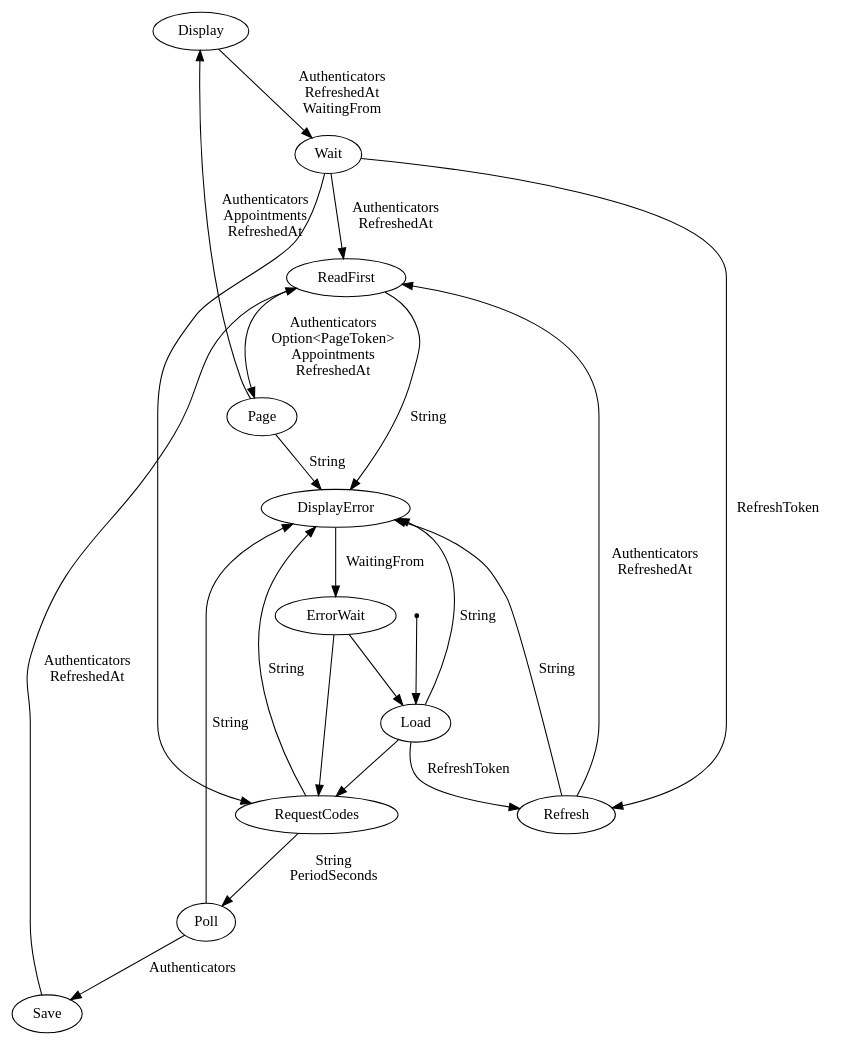
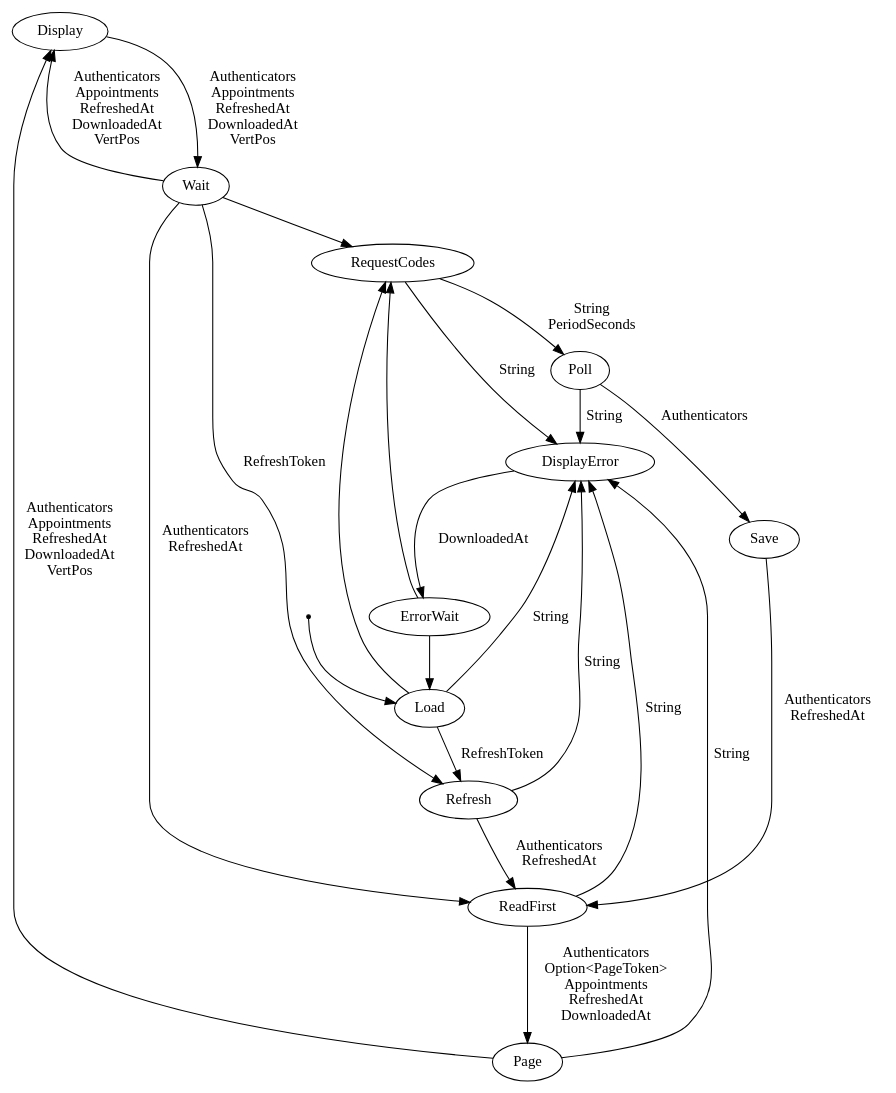
One commit to kieranjwhite/calendar_mirror changed the diagram in docs/cal_machine.dot. Above: the diagram before and after it, drawn with Graphviz. The commit also changed 5 other files, not shown here.

```diff
--- a/docs/cal_machine.dot
+++ b/docs/cal_machine.dot
@@ -1,36 +1,37 @@
 digraph cal_stm {
     Display[label="Display"][shape="ellipse"];
     DisplayError[label="DisplayError"][shape="ellipse"];
     ErrorWait[label="ErrorWait"][shape="ellipse"];
     Load[label="Load"][shape="ellipse"];
     Page[label="Page"][shape="ellipse"];
     Poll[label="Poll"][shape="ellipse"];
     ReadFirst[label="ReadFirst"][shape="ellipse"];
     Refresh[label="Refresh"][shape="ellipse"];
     RequestCodes[label="RequestCodes"][shape="ellipse"];
     Save[label="Save"][shape="ellipse"];
     Wait[label="Wait"][shape="ellipse"];
     _start[label="_start"][shape="point"];
     _start -> Load[label=""];
     ErrorWait -> Load[label=""];
-    DisplayError -> ErrorWait[label="WaitingFrom\n"];
+    DisplayError -> ErrorWait[label="DownloadedAt\n"];
     ErrorWait -> RequestCodes[label=""];
     Load -> RequestCodes[label=""];
     Wait -> RequestCodes[label=""];
     Load -> Refresh[label="RefreshToken\n"];
     Wait -> Refresh[label="RefreshToken\n"];
     Refresh -> ReadFirst[label="Authenticators\nRefreshedAt\n"];
     Save -> ReadFirst[label="Authenticators\nRefreshedAt\n"];
     Wait -> ReadFirst[label="Authenticators\nRefreshedAt\n"];
     RequestCodes -> Poll[label="String\nPeriodSeconds\n"];
     Load -> DisplayError[label="String\n"];
     Page -> DisplayError[label="String\n"];
     Poll -> DisplayError[label="String\n"];
     ReadFirst -> DisplayError[label="String\n"];
     Refresh -> DisplayError[label="String\n"];
     RequestCodes -> DisplayError[label="String\n"];
     Poll -> Save[label="Authenticators\n"];
-    ReadFirst -> Page[label="Authenticators\nOption<PageToken>\nAppointments\nRefreshedAt\n"];
-    Page -> Display[label="Authenticators\nAppointments\nRefreshedAt\n"];
-    Display -> Wait[label="Authenticators\nRefreshedAt\nWaitingFrom\n"];
+    ReadFirst -> Page[label="Authenticators\nOption<PageToken>\nAppointments\nRefreshedAt\nDownloadedAt\n"];
+    Page -> Display[label="Authenticators\nAppointments\nRefreshedAt\nDownloadedAt\nVertPos\n"];
+    Wait -> Display[label="Authenticators\nAppointments\nRefreshedAt\nDownloadedAt\nVertPos\n"];
+    Display -> Wait[label="Authenticators\nAppointments\nRefreshedAt\nDownloadedAt\nVertPos\n"];
 }
```
